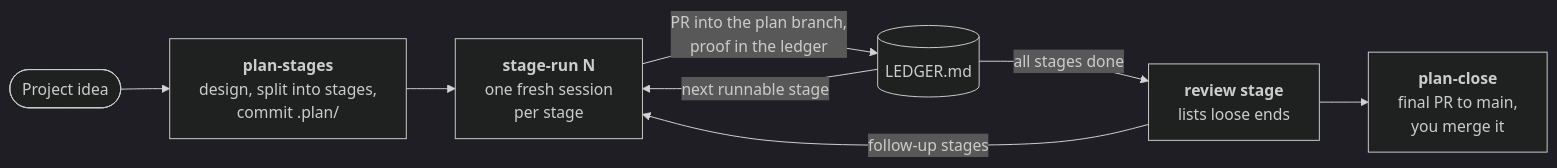
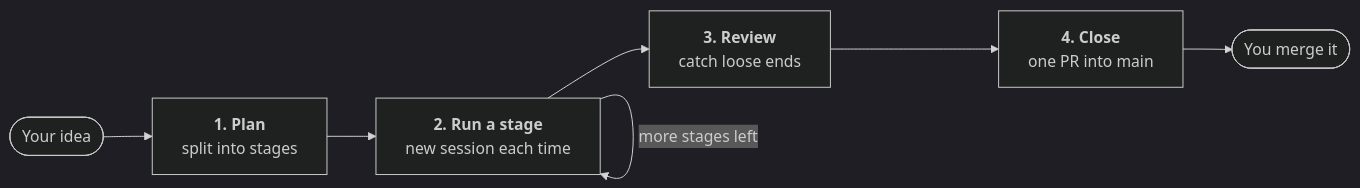
One commit to by-carlos/plan-staged-rollout changed the diagram in README.md. Above: the diagram before and after it, drawn with Mermaid (dark theme). The commit also changed other lines of this file and 9 other files, not shown here.

````diff
--- a/README.md
+++ b/README.md
@@ -24,10 +31,9 @@
 ```mermaid
 flowchart LR
-    idea([Project idea]) --> plan["<b>plan-stages</b><br/>design, split into stages,<br/>commit .plan/"]
-    plan --> stage["<b>stage-run N</b><br/>one fresh session<br/>per stage"]
-    stage -->|"PR into the plan branch,<br/>proof in the ledger"| ledger[("LEDGER.md")]
-    ledger -->|"next runnable stage"| stage
-    ledger -->|"all stages done"| review["<b>review stage</b><br/>lists loose ends"]
-    review -->|"follow-up stages"| stage
-    review --> close["<b>plan-close</b><br/>final PR to main,<br/>you merge it"]
+    idea([Your idea]) --> plan["<b>1. Plan</b><br/>split into stages"]
+    plan --> run["<b>2. Run a stage</b><br/>new session each time"]
+    run -->|"more stages left"| run
+    run --> review["<b>3. Review</b><br/>catch loose ends"]
+    review --> close["<b>4. Close</b><br/>one PR into main"]
+    close --> merge([You merge it])
 ```
````
